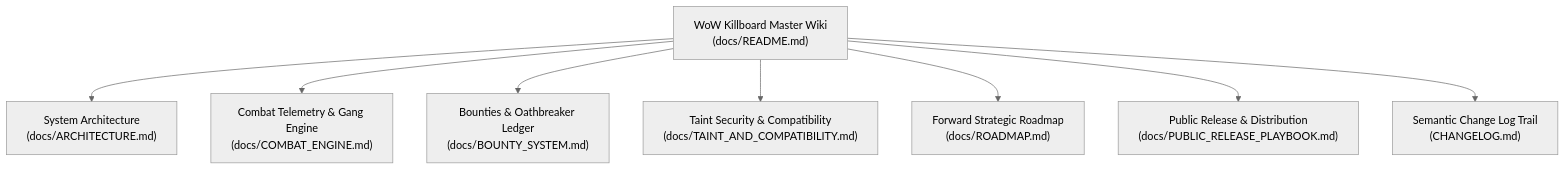
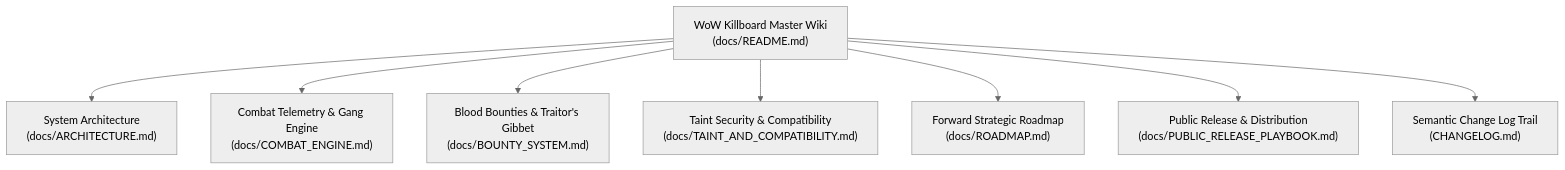
Before and after one commit to dagariane-commits/WoW_Killboard: the diagram in docs/README.md, drawn with Mermaid (neutral theme). The commit also changed other lines of this file and 14 other files, not shown here.

````diff
--- a/docs/README.md
+++ b/docs/README.md
@@ -9,11 +9,11 @@
 ```mermaid
 flowchart TD
     WIKI["WoW Killboard Master Wiki\n(docs/README.md)"]
     WIKI --> ARCH["System Architecture\n(docs/ARCHITECTURE.md)"]
     WIKI --> CE["Combat Telemetry & Gang Engine\n(docs/COMBAT_ENGINE.md)"]
-    WIKI --> BS["Bounties & Oathbreaker Ledger\n(docs/BOUNTY_SYSTEM.md)"]
+    WIKI --> BS["Blood Bounties & Traitor's Gibbet\n(docs/BOUNTY_SYSTEM.md)"]
     WIKI --> SEC["Taint Security & Compatibility\n(docs/TAINT_AND_COMPATIBILITY.md)"]
     WIKI --> ROAD["Forward Strategic Roadmap\n(docs/ROADMAP.md)"]
     WIKI --> PUB["Public Release & Distribution\n(docs/PUBLIC_RELEASE_PLAYBOOK.md)"]
     WIKI --> HIST["Semantic Change Log Trail\n(CHANGELOG.md)"]
 ```
````
